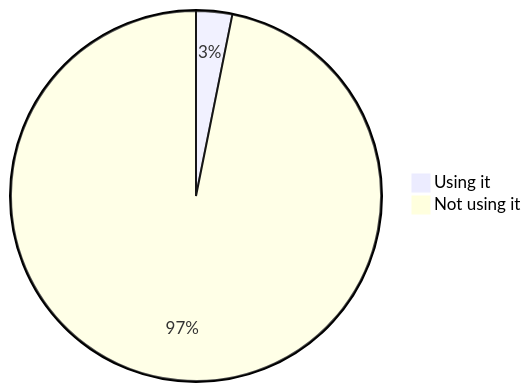
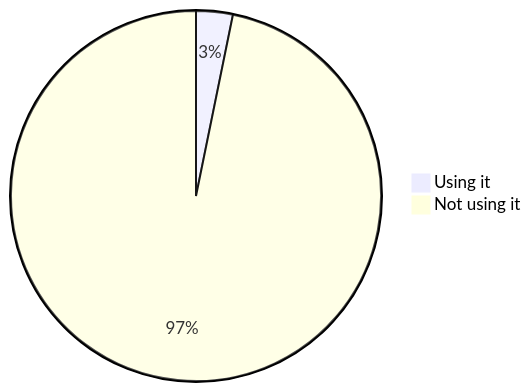
Diagram 17 of 22 in stats.md (oshp/oshp-stats), drawn with Mermaid before and after one commit. The commit also changed other lines of this file, not shown here.

````diff
--- a/stats.md
+++ b/stats.md
@@ -202,6 +202,6 @@
 ```mermaid
 pie
-	"Using it" : 3.15
-	"Not using it" : 96.85
+	"Using it" : 3.2
+	"Not using it" : 96.8
 
 ```
````
